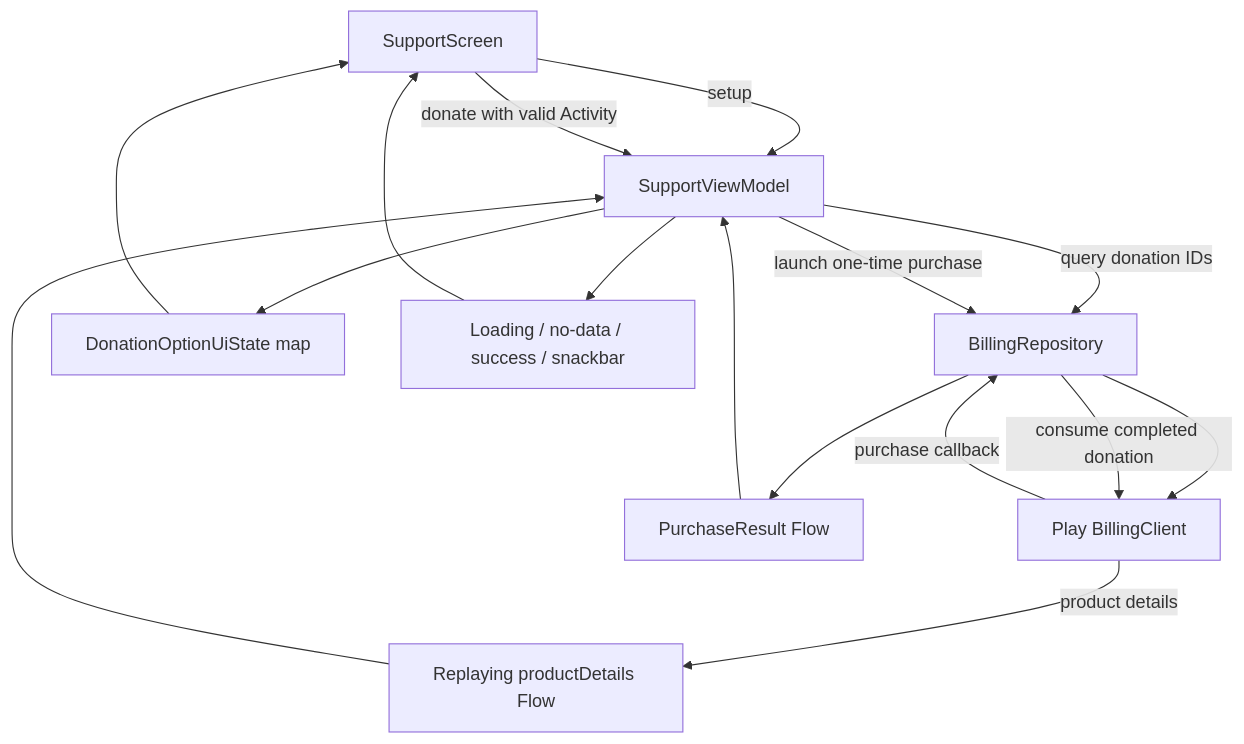
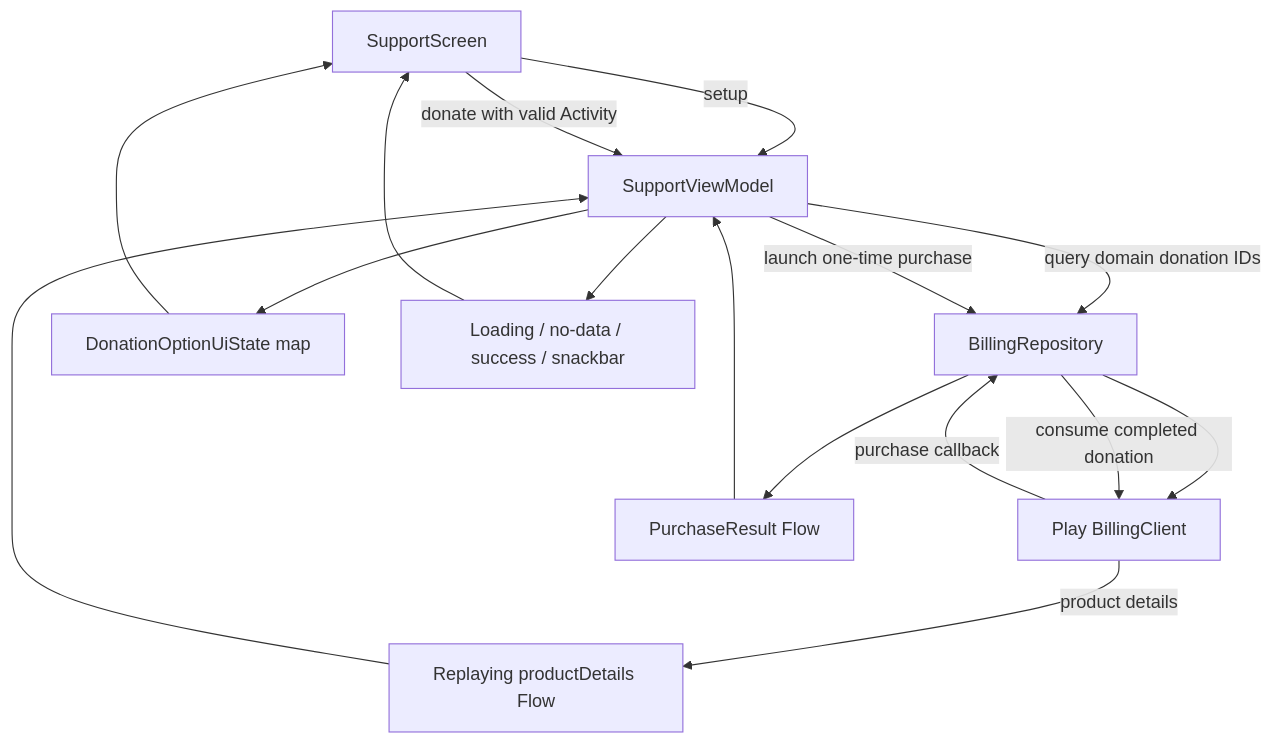
The diagram in library/feature/support/README.md (MihaiCristianCondrea/App-Toolkit-for-Android), drawn with Mermaid before and after one commit. The commit also changed other lines of this file and 13 other files, not shown here.

First line of the commit message:
- support now has real data, domain, ui, and di packages.       - Donation IDs → domain.models       - Billing mappings → data.mappers       - Presentation URL constant → ui.constants       - Removed root utils

````diff
--- a/library/feature/support/README.md
+++ b/library/feature/support/README.md
@@ -31,18 +30,18 @@
 ```mermaid
 flowchart TD
     Screen[SupportScreen] -->|setup| VM[SupportViewModel]
-    VM -->|query donation IDs| Billing[BillingRepository]
+    VM -->|query domain donation IDs| Billing[BillingRepository]
     Billing --> Play[Play BillingClient]
     Play -->|product details| ProductFlow[Replaying productDetails Flow]
     ProductFlow --> VM
     VM --> Options[DonationOptionUiState map]
     Options --> Screen
     Screen -->|donate with valid Activity| VM
     VM -->|launch one-time purchase| Billing
     Play -->|purchase callback| Billing
     Billing -->|consume completed donation| Play
     Billing --> Result[PurchaseResult Flow]
     Result --> VM
     VM --> State[Loading / no-data / success / snackbar]
     State --> Screen
 ```
````
